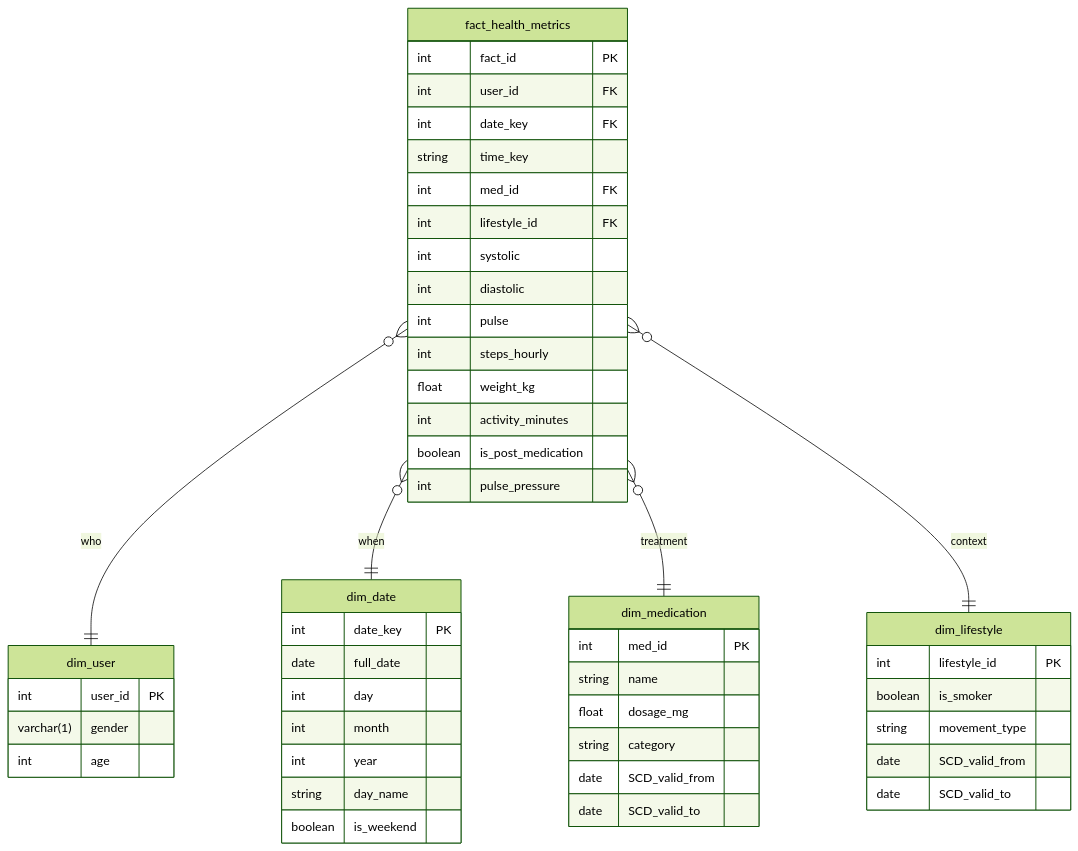
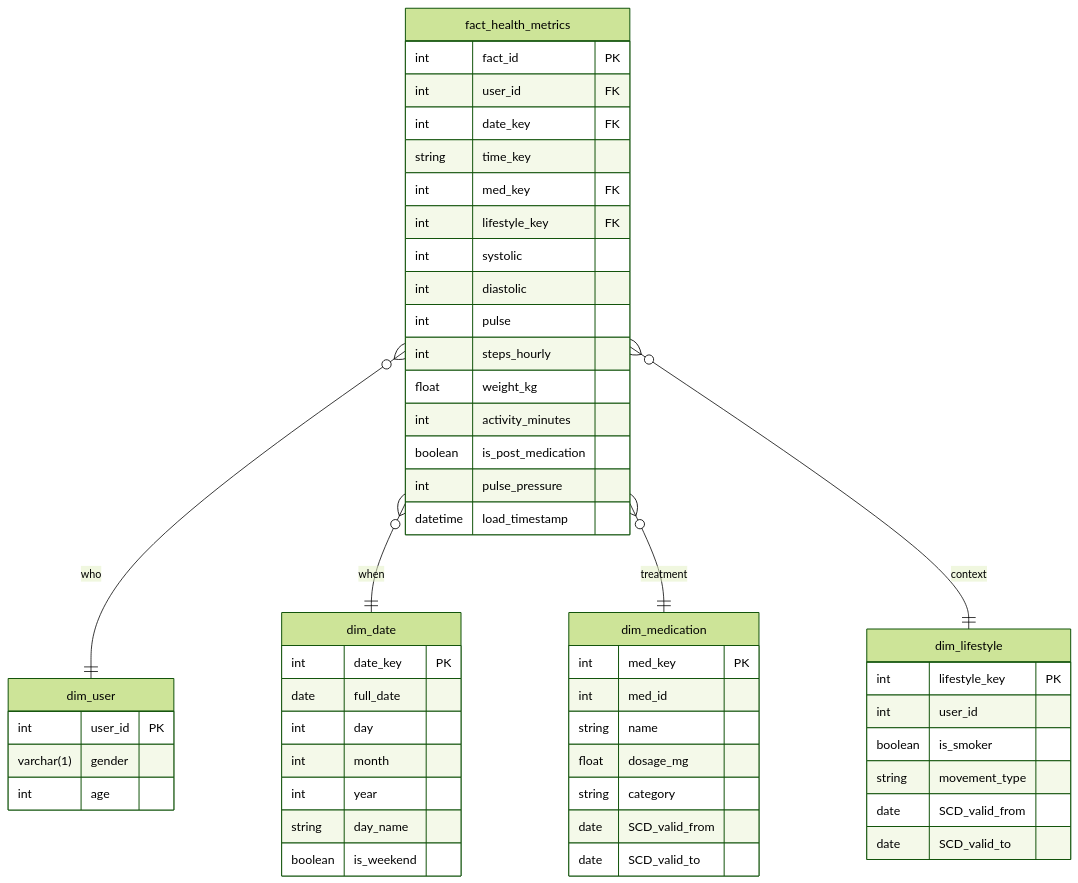
The second of 2 diagrams in Architektur/Design/Design_Dokumentation.md (NilsBauch/blutdruck_data_engineer_training), drawn with Mermaid (forest theme) before and after one commit. The commit also changed other lines of this file and 16 other files, not shown here.

````diff
--- a/Architektur/Design/Design_Dokumentation.md
+++ b/Architektur/Design/Design_Dokumentation.md
@@ -166,53 +169,56 @@
 ```mermaid
 erDiagram
     fact_health_metrics }o--|| dim_user : who
     fact_health_metrics }o--|| dim_date : when
     fact_health_metrics }o--|| dim_medication : treatment
     fact_health_metrics }o--|| dim_lifestyle : context
 
     fact_health_metrics {
         int fact_id PK
         int user_id FK
         int date_key FK
         string time_key
-        int med_id FK
-        int lifestyle_id FK
+        int med_key FK
+        int lifestyle_key FK
         int systolic
         int diastolic
         int pulse
         int steps_hourly
         float weight_kg
         int activity_minutes
         boolean is_post_medication
         int pulse_pressure
+        datetime load_timestamp
     }
     dim_user {
         int user_id PK
         varchar(1) gender
         int age
     }
     dim_date {
         int date_key PK
         date full_date
         int day
         int month
         int year
         string day_name
         boolean is_weekend
     }
     dim_medication {
-        int med_id PK
+        int med_key PK
+        int med_id
         string name
         float dosage_mg
         string category
         date SCD_valid_from
         date SCD_valid_to
     }
     dim_lifestyle {
-        int lifestyle_id PK
+        int lifestyle_key PK
+        int user_id
         boolean is_smoker
         string movement_type
         date SCD_valid_from
         date SCD_valid_to
     }
 ```
````
